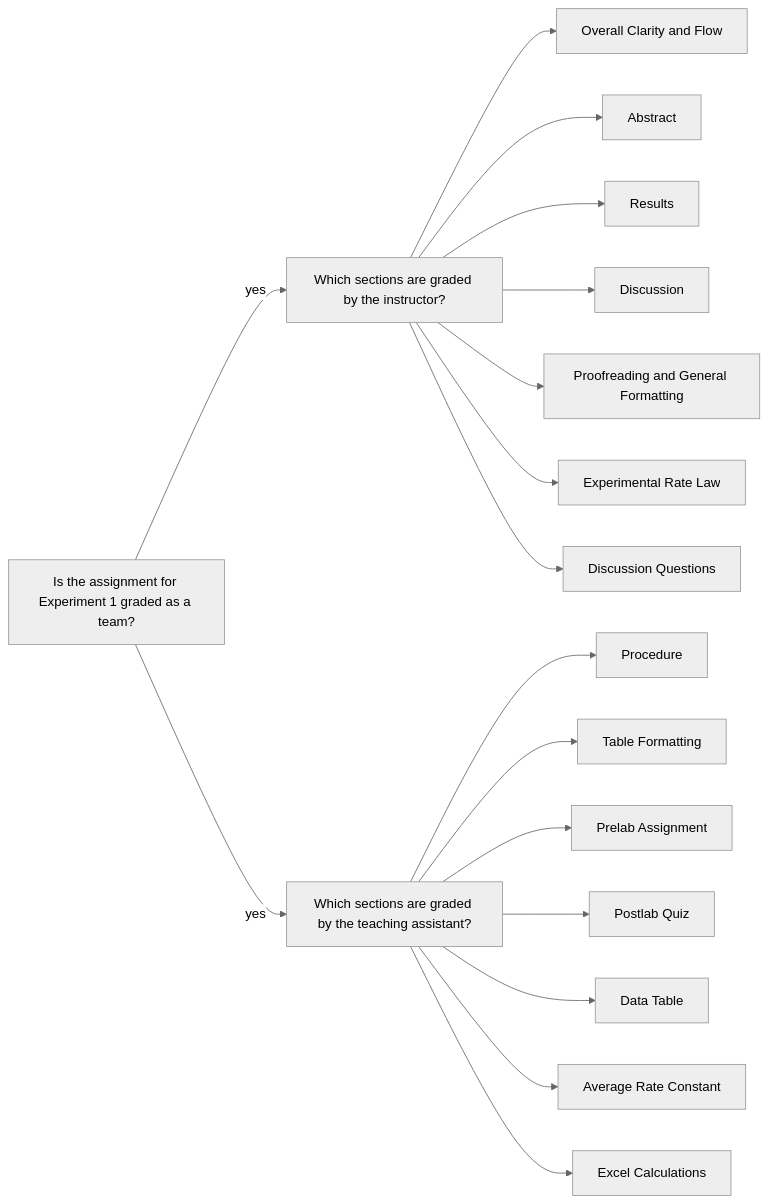
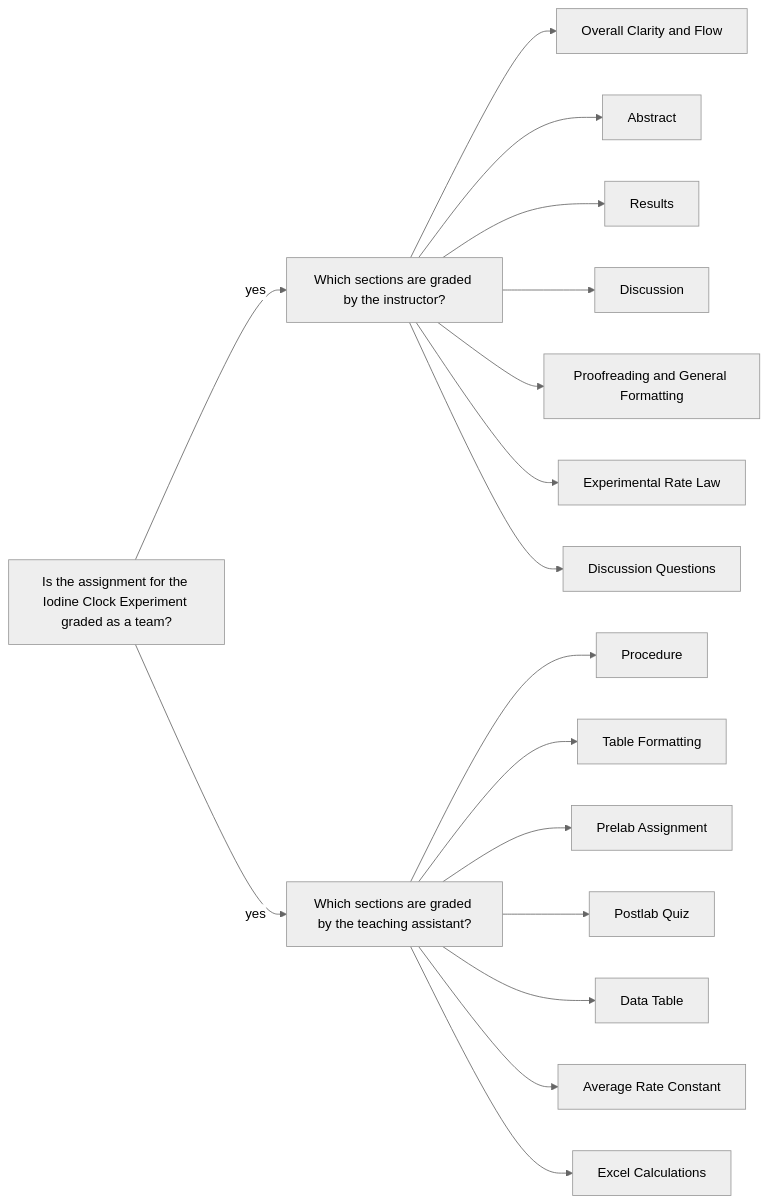
One commit to mkahveci/mkahveci.github.io changed the diagram in _posts/2020-07-27-ykf.md. Above: the diagram before and after it, drawn with Mermaid (neutral theme). The commit also changed 9 other files, not shown here.

````diff
--- a/_posts/2020-07-27-ykf.md
+++ b/_posts/2020-07-27-ykf.md
@@ -70,40 +70,40 @@
 ```mermaid
   graph LR;
-    A[Is the assignment for Experiment 1 graded as a team?]
+    A[Is the assignment for the Iodine Clock Experiment graded as a team?]
     B[Which sections are graded by the instructor?]
     C[Which sections are graded by the teaching assistant?]
 
     B1[Overall Clarity and Flow]
     B2[Abstract]
     B3[Results]
     B4[Discussion]
     B5[Proofreading and General Formatting]
     B6[Experimental Rate Law]
     B7[Discussion Questions]
 
     C1[Procedure]
     C2[Table Formatting]
     C3[Prelab Assignment]
     C4[Postlab Quiz]
     C5[Data Table]
     C6[Average Rate Constant]
     C7[Excel Calculations]
 
     A--yes-->B;
     A--yes-->C;
     B-->B1;
     B-->B2;
     B-->B3;
     B-->B4;
     B-->B5;
     B-->B6;
     B-->B7;
 
     C-->C1;
     C-->C2;
     C-->C3;
     C-->C4;
     C-->C5;
     C-->C6;
     C-->C7;
 ```
````
